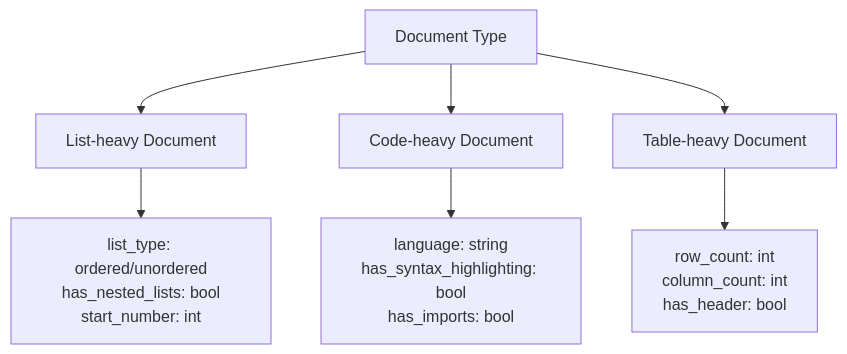
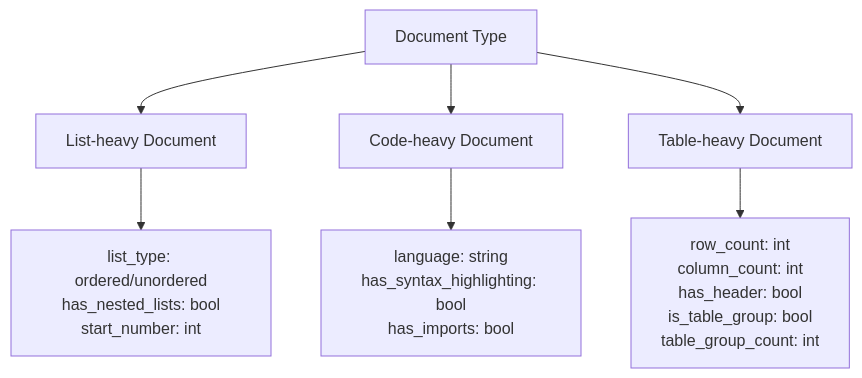
Before and after one commit to asukhodko/dify-markdown-chunker: the sixth of 7 diagrams in .qoder/repowiki/en/content/Reference/Output Format Specification/Metadata Schema/Metadata Schema.md, drawn with Mermaid. The commit also changed other lines of this file and 4 other files, not shown here.

````diff
--- a/.qoder/repowiki/en/content/Reference/Output Format Specification/Metadata Schema/Metadata Schema.md
+++ b/.qoder/repowiki/en/content/Reference/Output Format Specification/Metadata Schema/Metadata Schema.md
@@ -189,9 +195,9 @@
 ```mermaid
 flowchart TD
 Document[Document Type] --> ListDoc["List-heavy Document"]
 Document --> CodeDoc["Code-heavy Document"]
 Document --> TableDoc["Table-heavy Document"]
 ListDoc --> ListFields["list_type: ordered/unordered<br>has_nested_lists: bool<br>start_number: int"]
 CodeDoc --> CodeFields["language: string<br>has_syntax_highlighting: bool<br>has_imports: bool"]
-TableDoc --> TableFields["row_count: int<br>column_count: int<br>has_header: bool"]
+TableDoc --> TableFields["row_count: int<br>column_count: int<br>has_header: bool<br>is_table_group: bool<br>table_group_count: int"]
 ```
````
